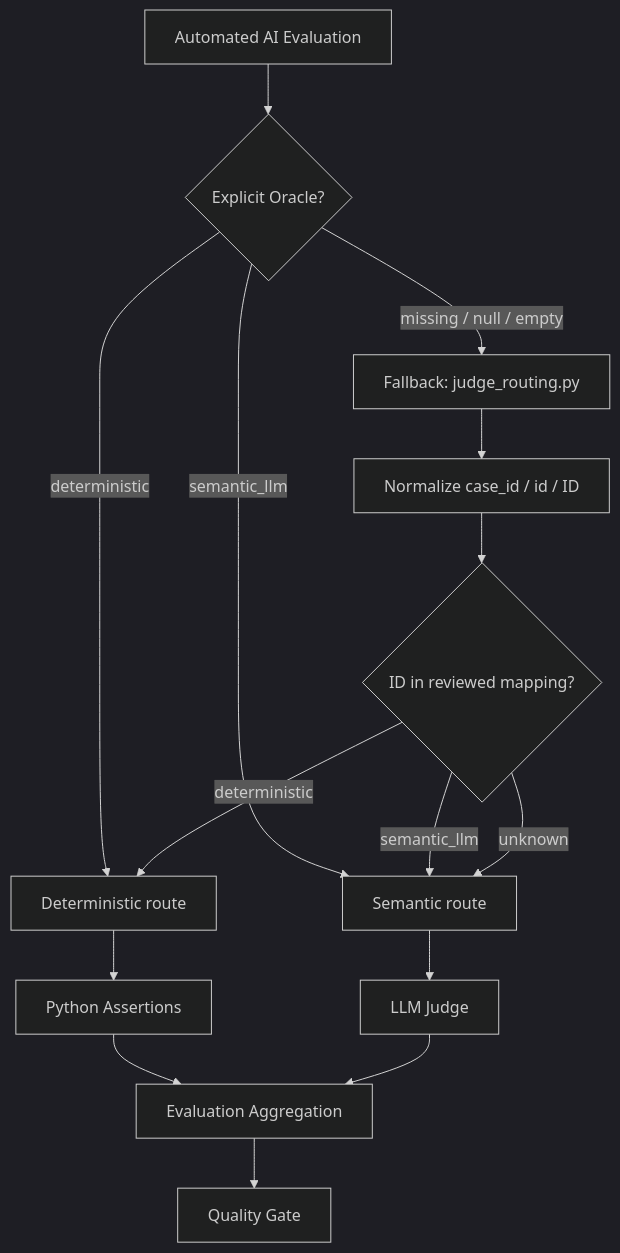
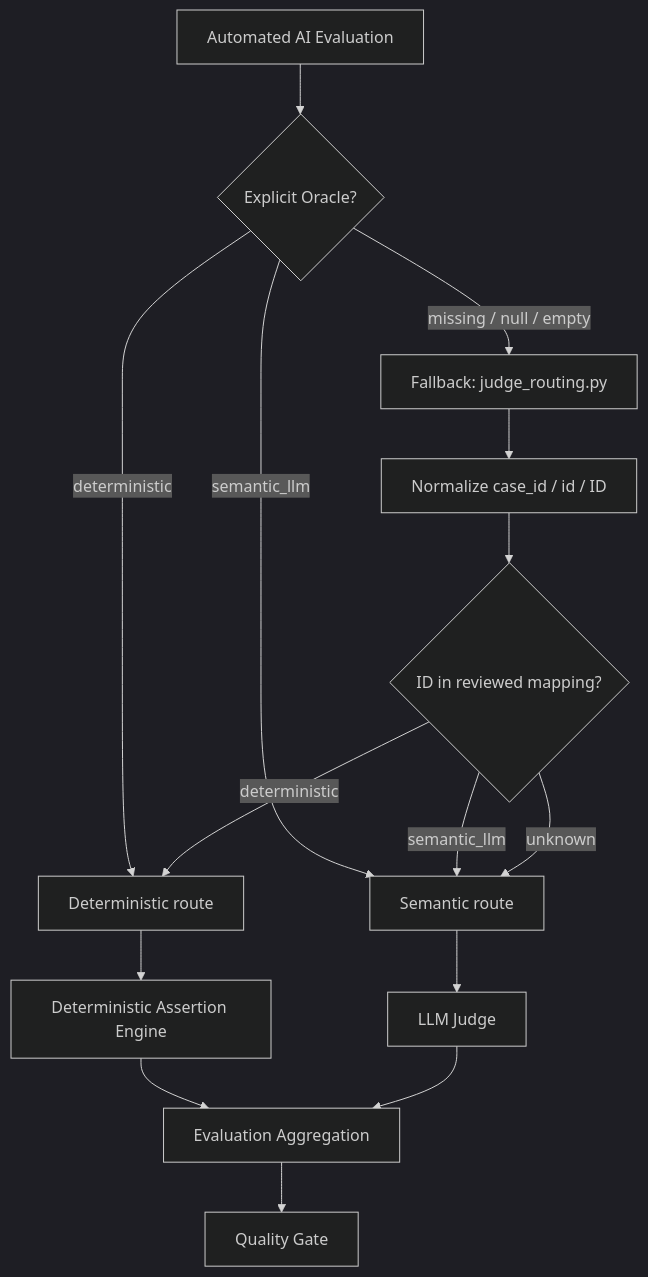
The second of 6 diagrams in README.md (oleksandrserhieiev-beep/ai-qe-lab), drawn with Mermaid (dark theme) before and after one commit. The commit also changed other lines of this file, not shown here.

Commit message:
Refresh README for deterministic assertion engine

````diff
--- a/README.md
+++ b/README.md
@@ -56,17 +56,17 @@
 ```mermaid
 flowchart TD
     A[Automated AI Evaluation] --> O{Explicit Oracle?}
     O -->|deterministic| D[Deterministic route]
     O -->|semantic_llm| S[Semantic route]
     O -->|missing / null / empty| F[Fallback: judge_routing.py]
     F --> ID[Normalize case_id / id / ID]
     ID --> M{ID in reviewed mapping?}
     M -->|deterministic| D
     M -->|semantic_llm| S
     M -->|unknown| S
-    D --> P[Python Assertions]
+    D --> ENG[Deterministic Assertion Engine]
     S --> L[LLM Judge]
-    P --> R[Evaluation Aggregation]
+    ENG --> R[Evaluation Aggregation]
     L --> R
     R --> G[Quality Gate]
 ```
````
